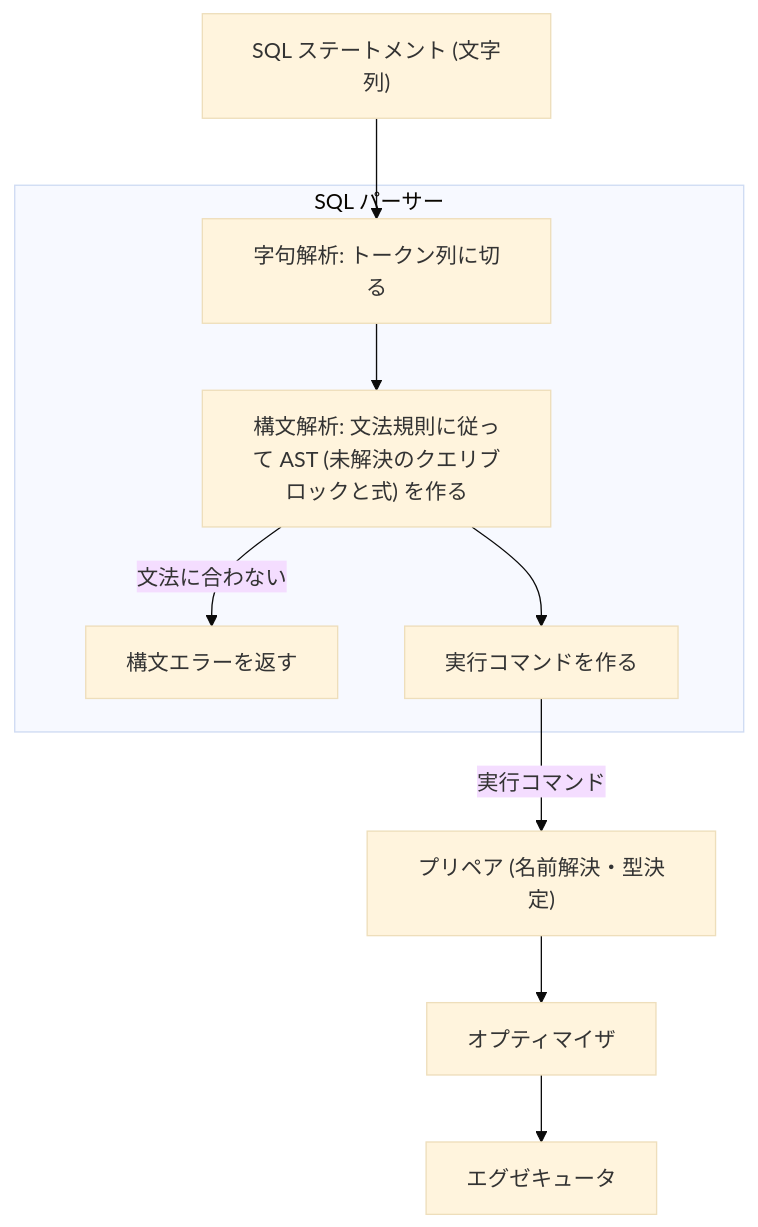
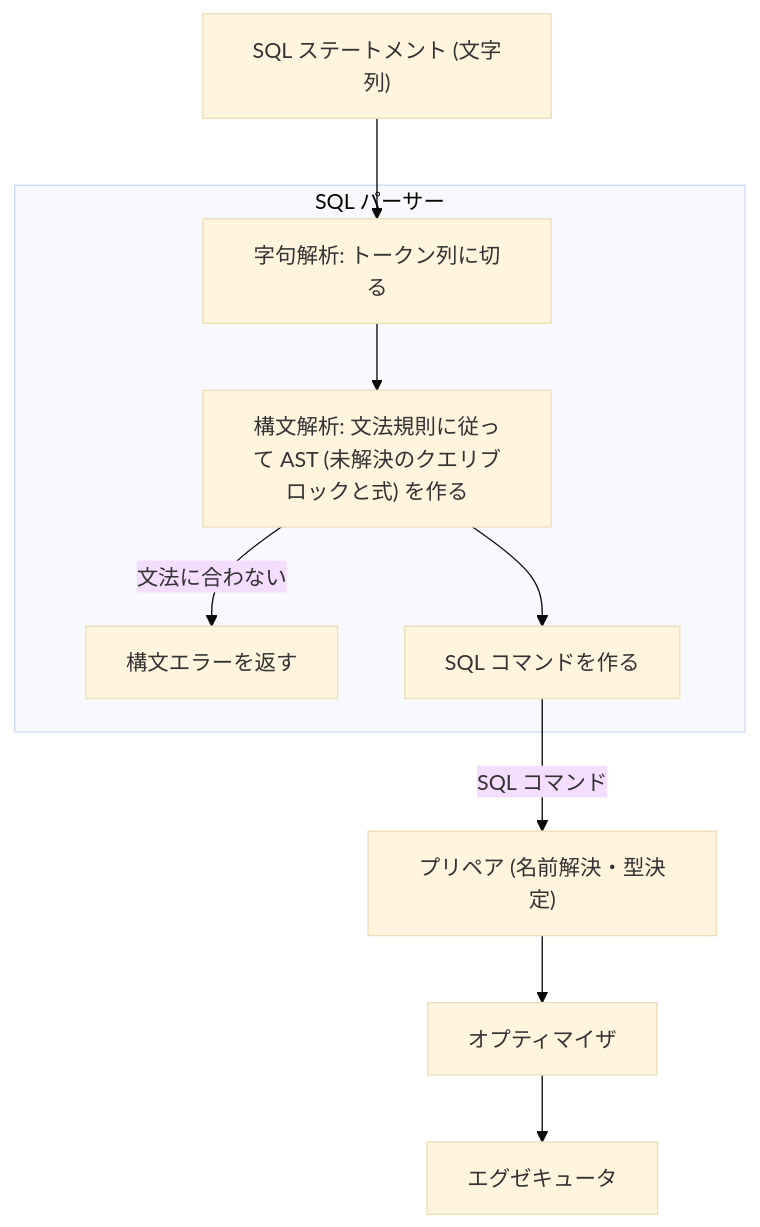
Before and after one commit to ren-yamanashi/minesql: the first of 2 diagrams in docs/specification/parser/sql_parser.md, drawn with Mermaid (base theme). The commit also changed other lines of this file and 9 other files, not shown here.

````diff
--- a/docs/specification/parser/sql_parser.md
+++ b/docs/specification/parser/sql_parser.md
@@ -44,13 +45,13 @@
 ```mermaid
 flowchart TD
     A["SQL ステートメント (文字列)"]
     subgraph parser ["SQL パーサー"]
         L["字句解析: トークン列に切る"] --> P["構文解析: 文法規則に従って AST (未解決のクエリブロックと式) を作る"]
         P -- "文法に合わない" --> E["構文エラーを返す"]
-        P --> S["実行コマンドを作る"]
+        P --> S["SQL コマンドを作る"]
     end
     A --> L
-    S -->|"実行コマンド"| PR["プリペア (名前解決・型決定)"]
+    S -->|"SQL コマンド"| PR["プリペア (名前解決・型決定)"]
     PR --> O["オプティマイザ"]
     O --> X["エグゼキュータ"]
 ```
````
